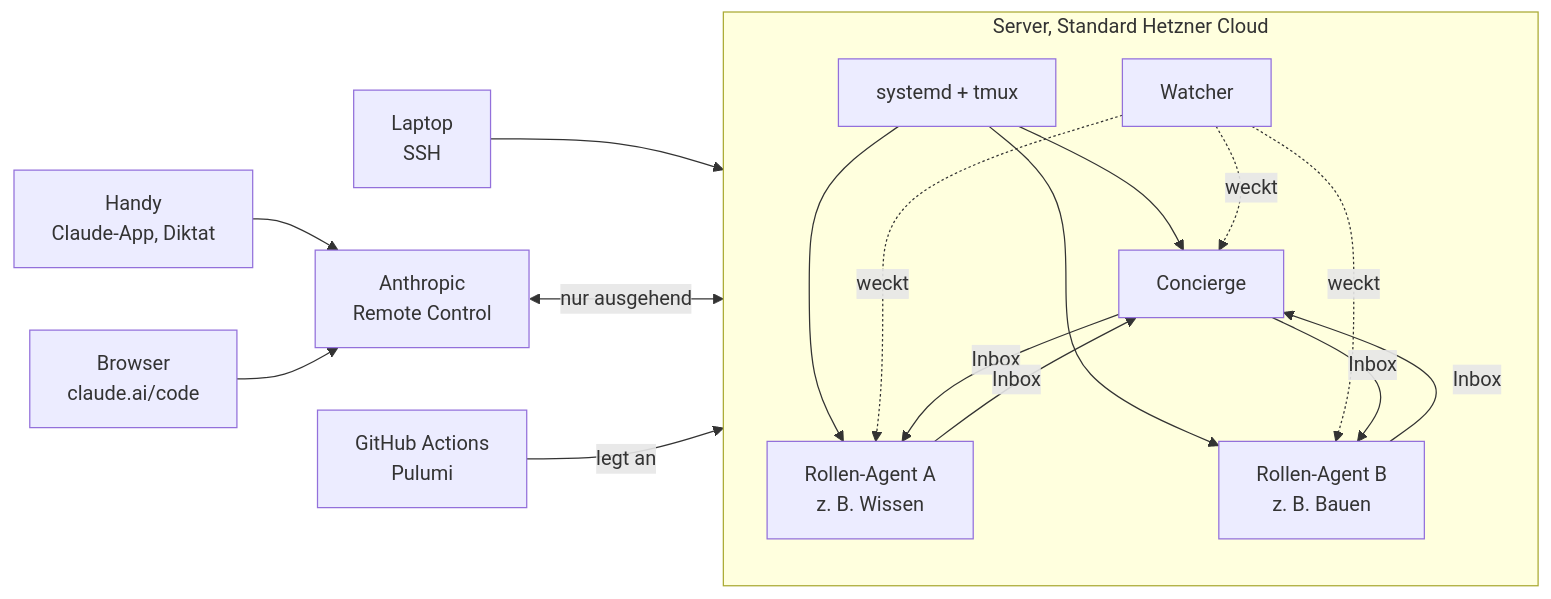
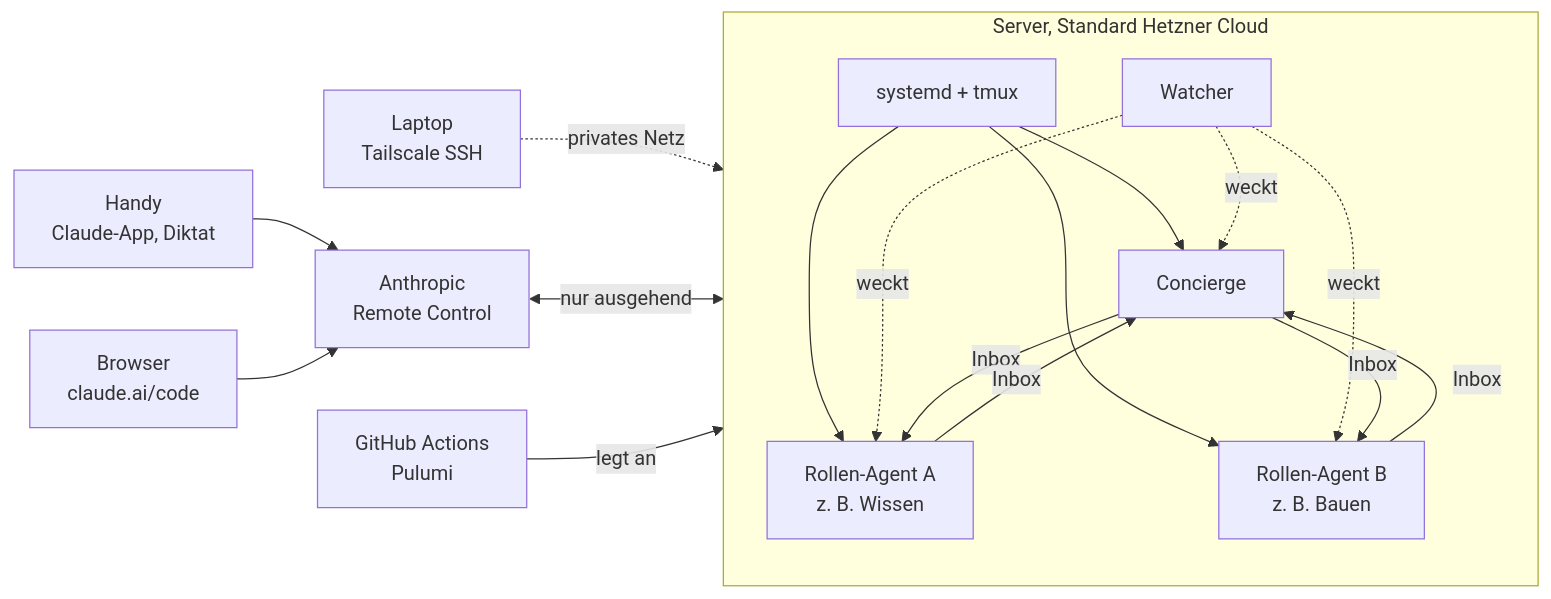
One commit to merlinbecker/playdate-claude-client changed the diagram in docs/bootstrap.md. Above: the diagram before and after it, drawn with Mermaid. The commit also changed other lines of this file and 8 other files, not shown here.

First line of the commit message:
Zugang nur über Tailscale statt SSH-Schlüssel und IP-Freigaben

````diff
--- a/docs/bootstrap.md
+++ b/docs/bootstrap.md
@@ -11,17 +11,17 @@
 ```mermaid
 flowchart LR
     H[Handy<br/>Claude-App, Diktat] --> A[Anthropic<br/>Remote Control]
     B[Browser<br/>claude.ai/code] --> A
-    S[Laptop<br/>SSH] --> VM
+    S[Laptop<br/>Tailscale SSH] -.->|privates Netz| VM
     A <-->|nur ausgehend| VM
     GH[GitHub Actions<br/>Pulumi] -->|legt an| VM
 
     subgraph VM[Server, Standard Hetzner Cloud]
         T[systemd + tmux] --> C[Concierge]
         T --> RA[Rollen-Agent A<br/>z. B. Wissen]
         T --> RB[Rollen-Agent B<br/>z. B. Bauen]
         W[Watcher] -.->|weckt| C & RA & RB
         C -->|Inbox| RA & RB
         RA & RB -->|Inbox| C
     end
 ```
````
